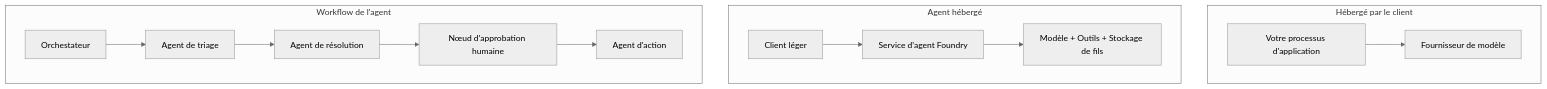
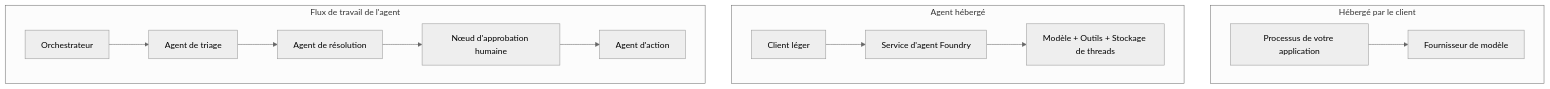
Before and after one commit to microsoft/ai-agents-for-beginners: the first of 4 diagrams in translations/fr/16-deploying-scalable-agents/README.md, drawn with Mermaid (neutral theme). The commit also changed other lines of this file and 47 other files, not shown here.

````diff
--- a/translations/fr/16-deploying-scalable-agents/README.md
+++ b/translations/fr/16-deploying-scalable-agents/README.md
@@ -87,16 +87,16 @@
 ```mermaid
 flowchart TB
     subgraph P1[Hébergé par le client]
-        A1[Votre processus d'application] --> M1[Fournisseur de modèle]
+        A1[Processus de votre application] --> M1[Fournisseur de modèle]
     end
     subgraph P2[Agent hébergé]
         A2[Client léger] --> F2[Service d'agent Foundry]
-        F2 --> M2[Modèle + Outils + Stockage de fils]
+        F2 --> M2[Modèle + Outils + Stockage de threads]
     end
-    subgraph P3[Workflow de l'agent]
-        A3[Orchestateur] --> S1[Agent de triage]
+    subgraph P3[Flux de travail de l'agent]
+        A3[Orchestrateur] --> S1[Agent de triage]
         S1 --> S2[Agent de résolution]
         S2 --> H[Nœud d'approbation humaine]
         H --> S3[Agent d'action]
     end
 ```
````
